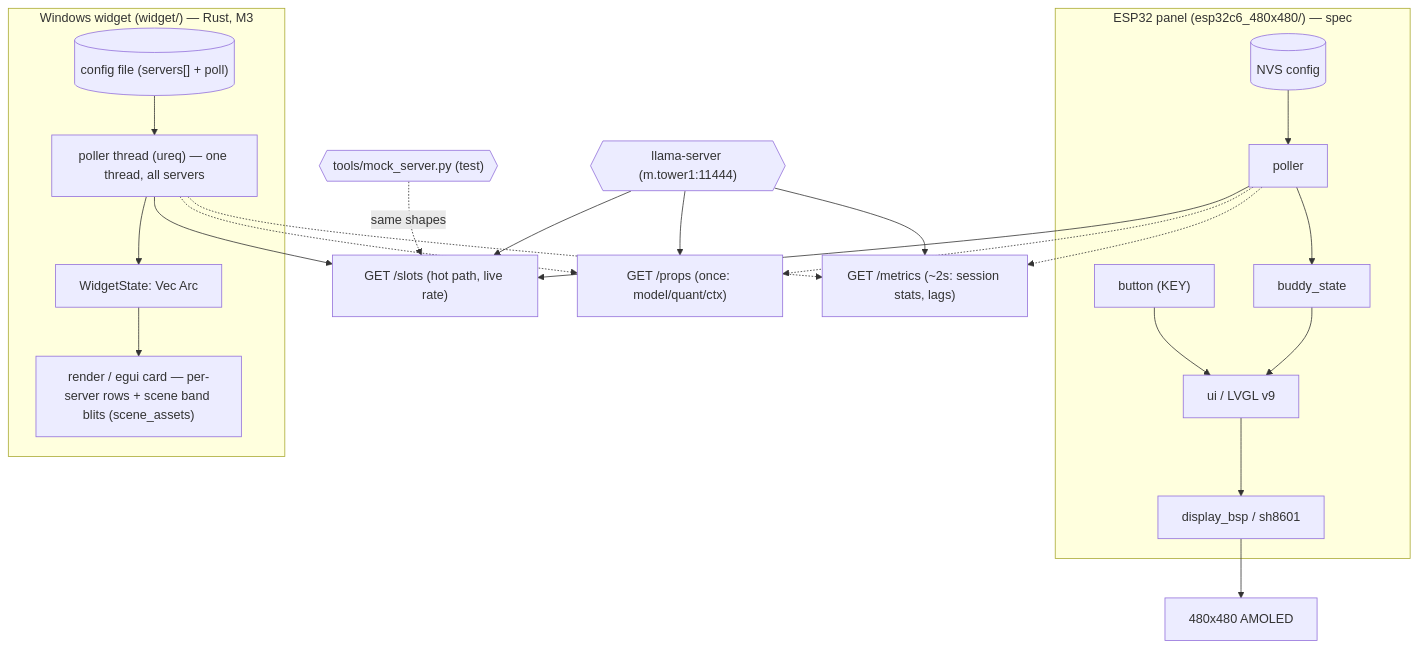
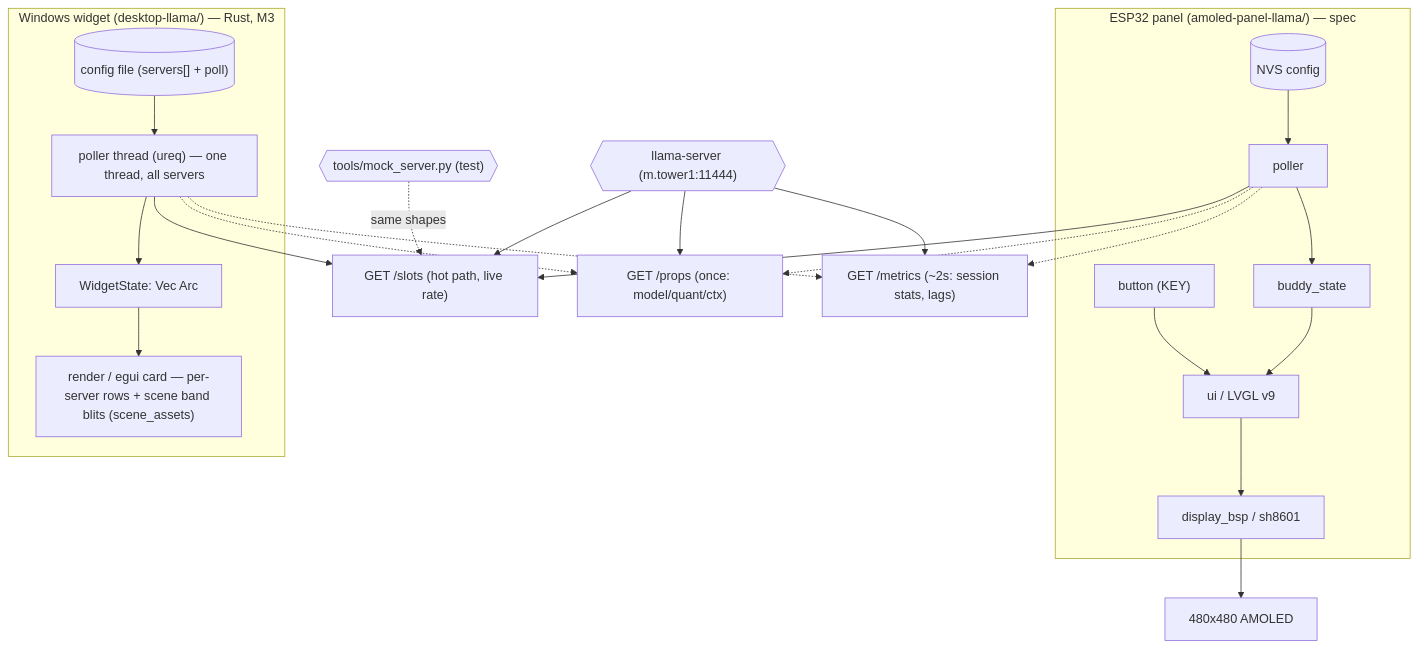
Before and after one commit to mnvmn/desk-buddy: the diagram in wiki/shared/architecture.md, drawn with Mermaid. The commit also changed other lines of this file and 164 other files, not shown here.

````diff
--- a/wiki/shared/architecture.md
+++ b/wiki/shared/architecture.md
@@ -80,45 +82,45 @@
 ```mermaid
 flowchart TD
     Server{{"llama-server (m.tower1:11444)"}}
     Mock{{"tools/mock_server.py (test)"}}
     Slots["GET /slots (hot path, live rate)"]
     Props["GET /props (once: model/quant/ctx)"]
     Metrics["GET /metrics (~2s: session stats, lags)"]
 
-    subgraph Device["ESP32 panel (esp32c6_480x480/) — spec"]
+    subgraph Device["ESP32 panel (amoled-panel-llama/) — spec"]
         DPoller[poller]
         DState[buddy_state]
         Dbsp[display_bsp / sh8601]
         Dui[ui / LVGL v9]
         Dbtn["button (KEY)"]
         Dnvs[(NVS config)]
     end
 
-    subgraph Widget["Windows widget (widget/) — Rust, M3"]
+    subgraph Widget["Windows widget (desktop-llama/) — Rust, M3"]
         WPoller["poller thread (ureq) — one thread, all servers"]
         WState["WidgetState: Vec<BuddyState> Arc<Mutex>"]
         Wcard["render / egui card — per-server rows + scene band blits (scene_assets)"]
         Wcfg[("config file (servers[] + poll)")]
     end
 
     Server --> Slots
     Server --> Props
     Server --> Metrics
     Mock -. "same shapes" .-> Slots
     DPoller --> Slots
     DPoller -.-> Props
     DPoller -.-> Metrics
     Dnvs --> DPoller
     DPoller --> DState
     DState --> Dui
     Dbtn --> Dui
     Dui --> Dbsp
     Dbsp --> Panel["480x480 AMOLED"]
 
     Wcfg --> WPoller
     WPoller --> Slots
     WPoller -.-> Props
     WPoller -.-> Metrics
     WPoller --> WState
     WState --> Wcard
 ```
````
